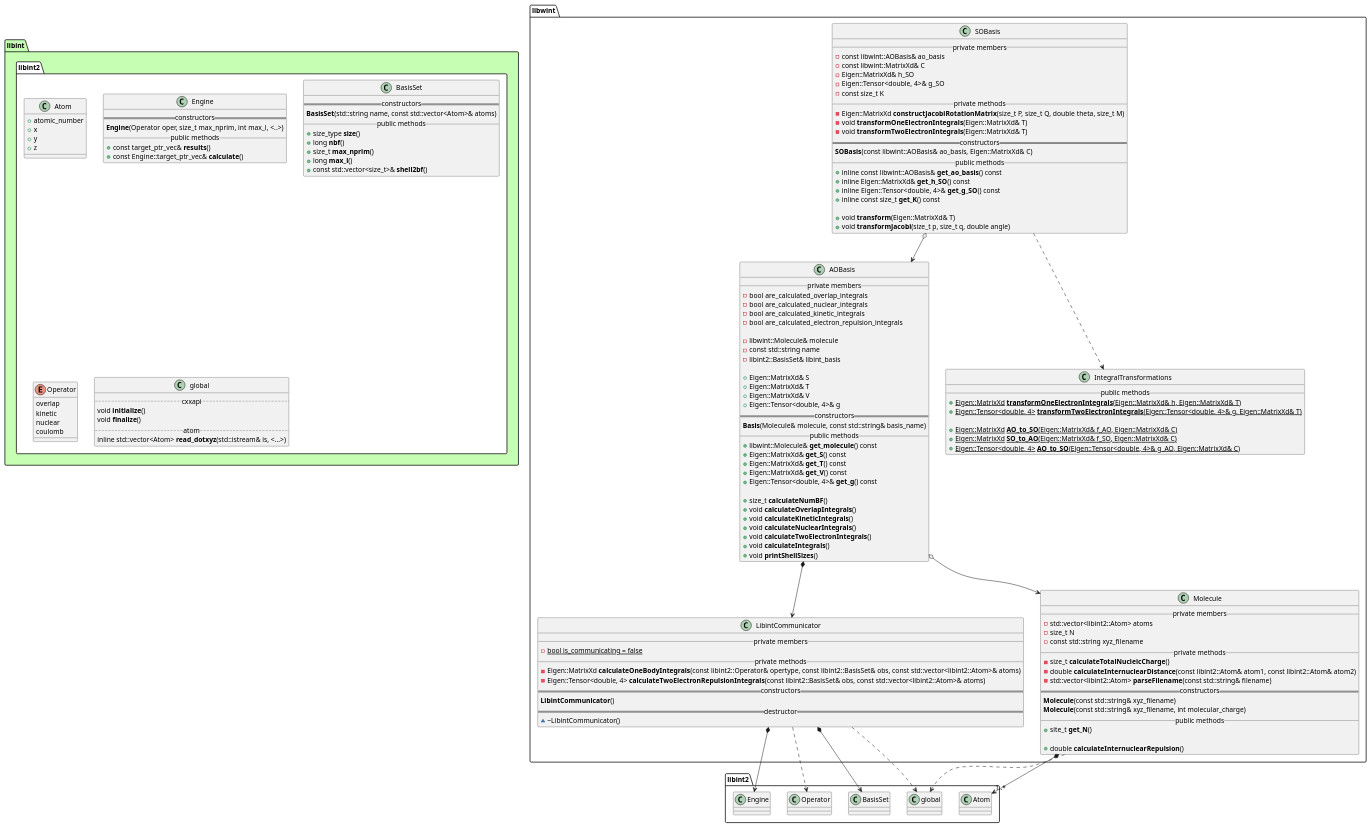
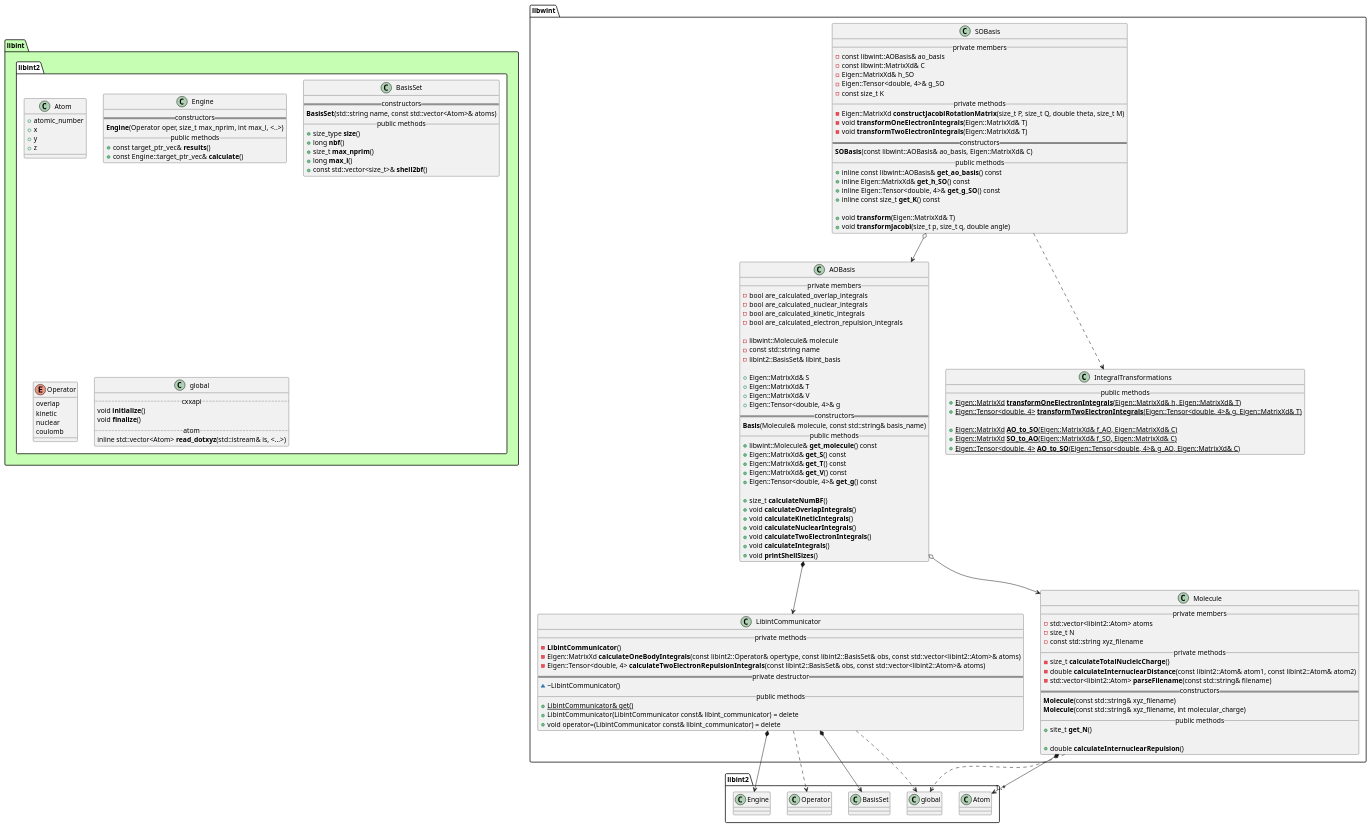
One commit to tmhuysen/libwint changed the diagram in docs/libwint.puml. Above: the diagram before and after it, drawn with PlantUML. The commit also changed 2 other files, not shown here.

Commit message:
Implement the singleton interface of LibintCommunicator. This addresses #3.

```diff
--- a/docs/libwint.puml
+++ b/docs/libwint.puml
@@ -1,174 +1,175 @@
 @startuml
 
 
 
 package libint #c6ffb3 {
     namespace libint2 #ffffff {
         class Atom {
             + atomic_number
             + x
             + y
             + z
         }
 
         class Engine {
             == constructors ==
                 **Engine**(Operator oper, size_t max_nprim, int max_l, <..>)
             __ public methods __
                 + const target_ptr_vec& **results**()
                 + const Engine::target_ptr_vec& **calculate**()
         }
 
         class BasisSet {
             == constructors ==
                 **BasisSet**(std::string name, const std::vector<Atom>& atoms)
             __ public methods __
                 + size_type **size**()
                 + long **nbf**()
                 + size_t **max_nprim**()
                 + long **max_l**()
                 + const std::vector<size_t>& **shell2bf**()
         }
 
         enum Operator {
             overlap
             kinetic
             nuclear
             coulomb
         }
 
         class global {
             .. cxxapi ..
                 void **initialize**()
                 void **finalize**()
             .. atom ..
                 inline std::vector<Atom> **read_dotxyz**(std::istream& is, <...>)
         }
     }
 }
 
 
 
 
 namespace libwint {
 
     class AOBasis {
         __ private members __
             - bool are_calculated_overlap_integrals
             - bool are_calculated_nuclear_integrals
             - bool are_calculated_kinetic_integrals
             - bool are_calculated_electron_repulsion_integrals
 
             - libwint::Molecule& molecule
             - const std::string name
             - libint2::BasisSet& libint_basis
 
             + Eigen::MatrixXd& S
             + Eigen::MatrixXd& T
             + Eigen::MatrixXd& V
             + Eigen::Tensor<double, 4>& g
         == constructors ==
             **Basis**(Molecule& molecule, const std::string& basis_name)
         __ public methods __
             + libwint::Molecule& **get_molecule**() const
             + Eigen::MatrixXd& **get_S**() const
             + Eigen::MatrixXd& **get_T**() const
             + Eigen::MatrixXd& **get_V**() const
             + Eigen::Tensor<double, 4>& **get_g**() const
 
             + size_t **calculateNumBF**()
             + void **calculateOverlapIntegrals**()
             + void **calculateKineticIntegrals**()
             + void **calculateNuclearIntegrals**()
             + void **calculateTwoElectronIntegrals**()
             + void **calculateIntegrals**()
             + void **printShellSizes**()
     }
 
 
     class SOBasis {
         __ private members __
             - const libwint::AOBasis& ao_basis
             - const libwint::MatrixXd& C
             - Eigen::MatrixXd& h_SO
             - Eigen::Tensor<double, 4>& g_SO
             - const size_t K
         __ private methods __
             - Eigen::MatrixXd **constructJacobiRotationMatrix**(size_t P, size_t Q, double theta, size_t M)
             - void **transformOneElectronIntegrals**(Eigen::MatrixXd& T)
             - void **transformTwoElectronIntegrals**(Eigen::MatrixXd& T)
         == constructors ==
             **SOBasis**(const libwint::AOBasis& ao_basis, Eigen::MatrixXd& C)
         __ public methods __
             + inline const libwint::AOBasis& **get_ao_basis**() const
             + inline Eigen::MatrixXd& **get_h_SO**() const
             + inline Eigen::Tensor<double, 4>& **get_g_SO**() const
             + inline const size_t **get_K**() const
 
             + void **transform**(Eigen::MatrixXd& T)
             + void **transformJacobi**(size_t p, size_t q, double angle)
     }
 
 
     class IntegralTransformations {
         __ public methods __
             + {static} Eigen::MatrixXd **transformOneElectronIntegrals**(Eigen::MatrixXd& h, Eigen::MatrixXd& T)
             + {static} Eigen::Tensor<double, 4> **transformTwoElectronIntegrals**(Eigen::Tensor<double, 4>& g, Eigen::MatrixXd& T)
 
             + {static} Eigen::MatrixXd **AO_to_SO**(Eigen::MatrixXd& f_AO, Eigen::MatrixXd& C)
             + {static} Eigen::MatrixXd **SO_to_AO**(Eigen::MatrixXd& f_SO, Eigen::MatrixXd& C)
             + {static} Eigen::Tensor<double, 4> **AO_to_SO**(Eigen::Tensor<double, 4>& g_AO, Eigen::MatrixXd& C)
     }
 
 
     class LibintCommunicator {
-        __ private members __
-            - {static} bool is_communicating = false
         __ private methods __
+            - **LibintCommunicator**()
             - Eigen::MatrixXd **calculateOneBodyIntegrals**(const libint2::Operator& opertype, const libint2::BasisSet& obs, const std::vector<libint2::Atom>& atoms)
             - Eigen::Tensor<double, 4> **calculateTwoElectronRepulsionIntegrals**(const libint2::BasisSet& obs, const std::vector<libint2::Atom>& atoms)
-        == constructors ==
-            **LibintCommunicator**()
-        == destructor ==
+        == private destructor ==
             ~ ~LibintCommunicator()
+        __ public methods __
+            + {static} LibintCommunicator& get()
+            + LibintCommunicator(LibintCommunicator const& libint_communicator) = delete
+            + void operator=(LibintCommunicator const& libint_communicator) = delete
     }
 
 
     class Molecule {
         __ private members __
             - std::vector<libint2::Atom> atoms
             - size_t N
             - const std::string xyz_filename
         __ private methods __
             - size_t **calculateTotalNucleicCharge**()
             - double **calculateInternuclearDistance**(const libint2::Atom& atom1, const libint2::Atom& atom2)
             - std::vector<libint2::Atom> **parseFilename**(const std::string& filename)
         == constructors ==
             **Molecule**(const std::string& xyz_filename)
             **Molecule**(const std::string& xyz_filename, int molecular_charge)
         __ public methods __
             + site_t **get_N**()
 
             + double **calculateInternuclearRepulsion**()
     }
 
 }
 
 
 
 libwint.AOBasis o--> libwint.Molecule
 libwint.AOBasis *--> libwint.LibintCommunicator
 
 libwint.LibintCommunicator *--> libint2.BasisSet
 libwint.LibintCommunicator ..> libint2.Operator
 libwint.LibintCommunicator *--> libint2.Engine
 libwint.LibintCommunicator ..> libint2.global
 
 libwint.Molecule *--> "1..*" libint2.Atom
 libwint.Molecule ..> libint2.global
 
 libwint.SOBasis ..> libwint.IntegralTransformations
 libwint.SOBasis o--> libwint.AOBasis
 
 
 @enduml
```
